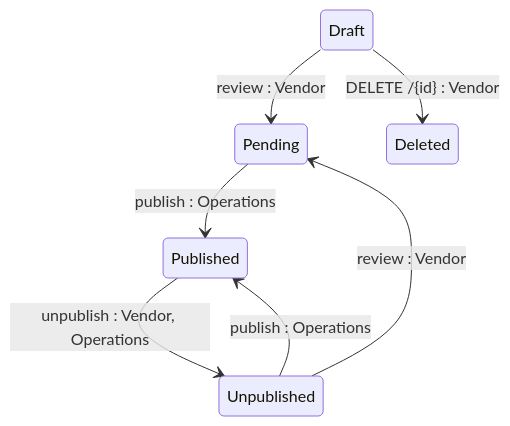
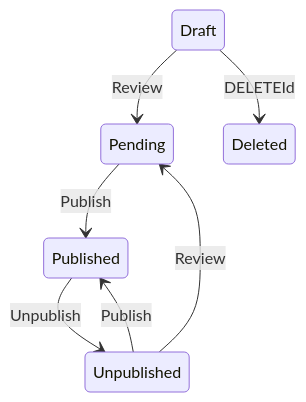
One commit to mikhailtchesnokov/gitbook changed the diagram in developer-resources/rest-api/catalog-api/product/state-diagram.md. Above: the diagram before and after it, drawn with Mermaid. The commit also changed 151 other files, not shown here.

````diff
--- a/developer-resources/rest-api/catalog-api/product/state-diagram.md
+++ b/developer-resources/rest-api/catalog-api/product/state-diagram.md
@@ -13,9 +13,9 @@
 ```mermaid
 stateDiagram-v2
-    Draft --> Pending : review : Vendor
-    Draft --> Deleted : DELETE /{id} : Vendor
-    Pending --> Published : publish : Operations
-    Published --> Unpublished : unpublish : Vendor, Operations
-    Unpublished --> Published : publish : Operations
-    Unpublished --> Pending : review : Vendor
+    Draft --> Pending : Review
+    Draft --> Deleted : DELETEId
+    Pending --> Published : Publish
+    Published --> Unpublished : Unpublish
+    Unpublished --> Published : Publish
+    Unpublished --> Pending : Review
 ```
````
